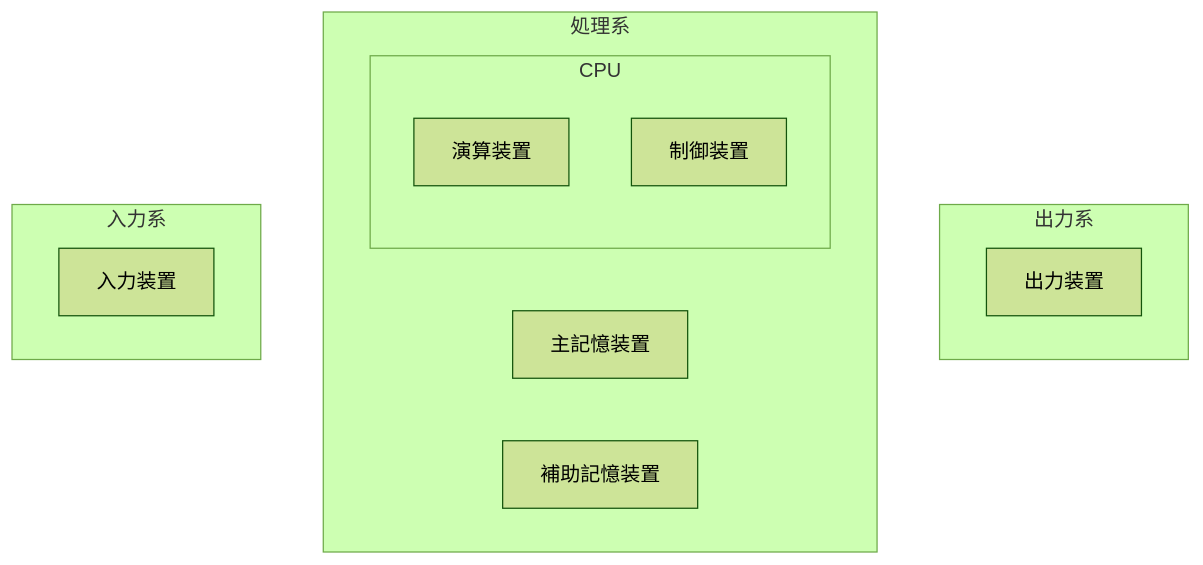
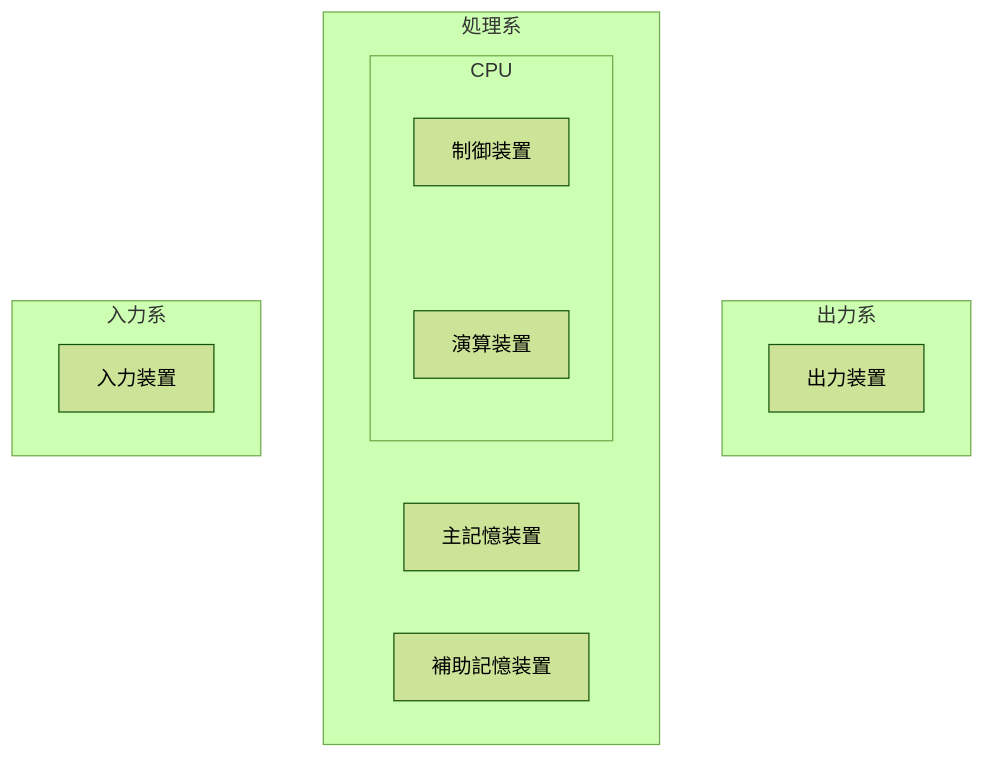
Before and after one commit to Bassiy/share_knowledge: the diagram in concepts/computer_architecture.md, drawn with Mermaid (forest theme).

Commit message:
sync: update from info repo

````diff
--- a/concepts/computer_architecture.md
+++ b/concepts/computer_architecture.md
@@ -10,19 +10,20 @@
 ```mermaid
 flowchart TB
     subgraph 出力系
         OUT[出力装置]
     end
 
     subgraph 処理系
         subgraph CPU
             ALU[演算装置]
             CTL[制御装置]
+            CTL ~~~ ALU
         end
         MEM[主記憶装置]
         AUX[補助記憶装置]
     end
 
     subgraph 入力系
         IN[入力装置]
     end
 ```
````
